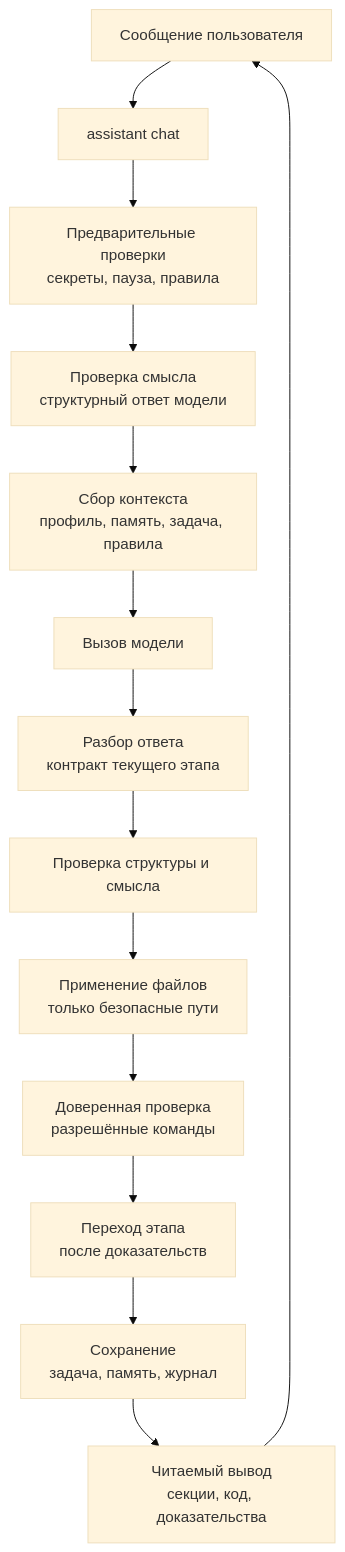
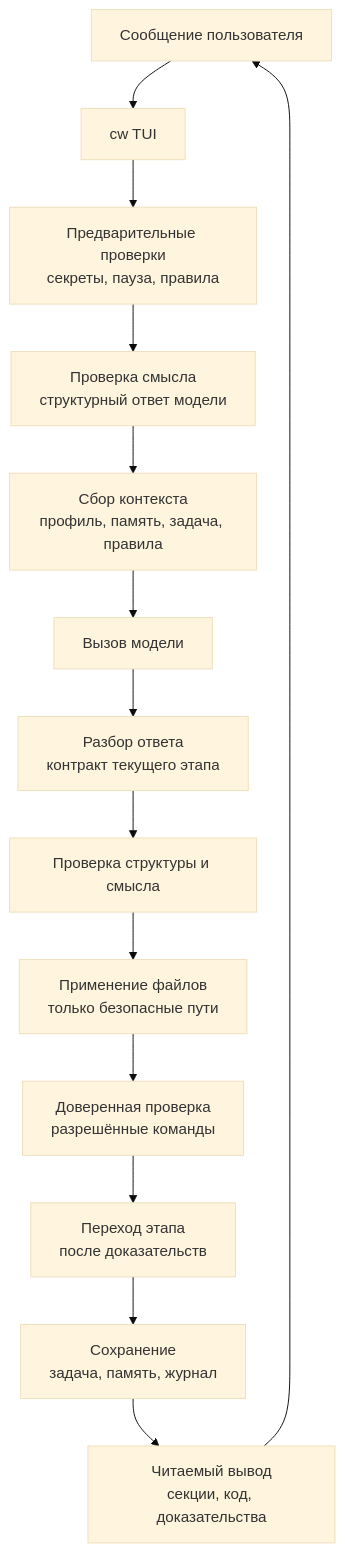
Before and after one commit to nikbrik/coding_writer: the first of 6 diagrams in README.md, drawn with Mermaid (base theme). The commit also changed other lines of this file and 26 other files, not shown here.

````diff
--- a/README.md
+++ b/README.md
@@ -13,16 +13,16 @@
 ```mermaid
 flowchart TD
-    User["Сообщение пользователя"] --> CLI["assistant chat"]
+    User["Сообщение пользователя"] --> CLI["cw TUI"]
     CLI --> Preflight["Предварительные проверки<br/>секреты, пауза, правила"]
     Preflight --> Intent["Проверка смысла<br/>структурный ответ модели"]
     Intent --> Prompt["Сбор контекста<br/>профиль, память, задача, правила"]
     Prompt --> Model["Вызов модели"]
     Model --> Parse["Разбор ответа<br/>контракт текущего этапа"]
     Parse --> Validate["Проверка структуры и смысла"]
     Validate --> Files["Применение файлов<br/>только безопасные пути"]
     Files --> Verify["Доверенная проверка<br/>разрешённые команды"]
     Verify --> Gate["Переход этапа<br/>после доказательств"]
     Gate --> Store["Сохранение<br/>задача, память, журнал"]
     Store --> UI["Читаемый вывод<br/>секции, код, доказательства"]
     UI --> User
 ```
````
